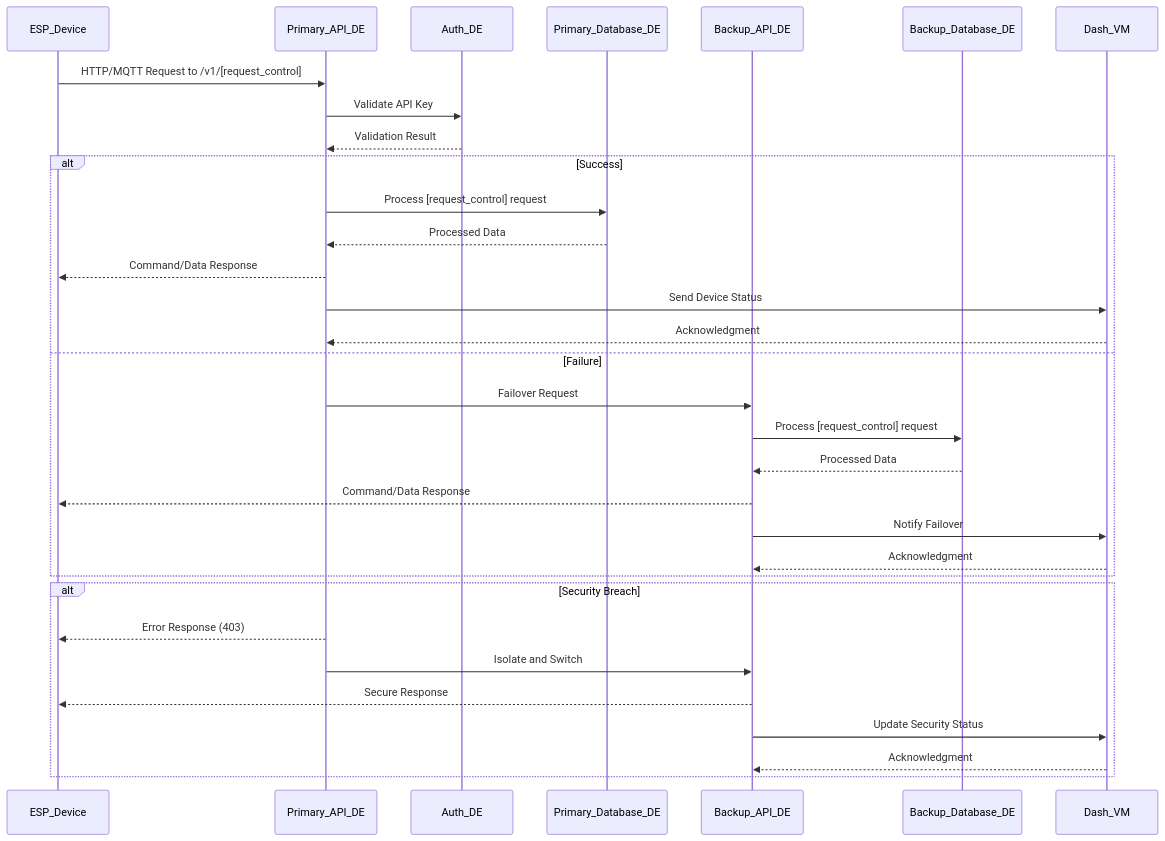
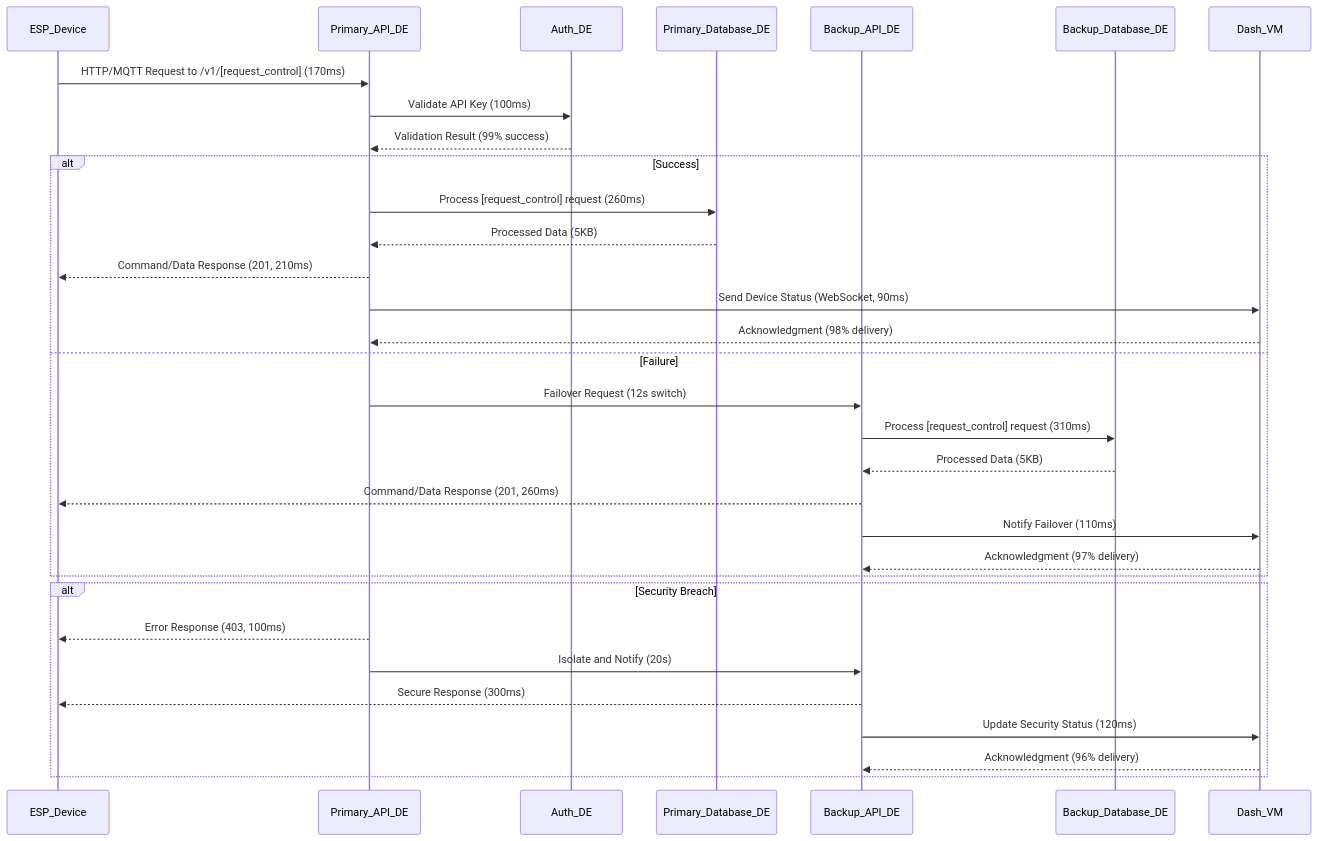
Before and after one commit to hamzadenizyilmaz/vmmaker: the diagram in README.md, drawn with Mermaid. The commit also changed other lines of this file, not shown here.

````diff
--- a/README.md
+++ b/README.md
@@ -696,35 +284,35 @@
 ```mermaid
 sequenceDiagram
     participant ESP_Device
     participant Primary_API_DE
     participant Auth_DE
     participant Primary_Database_DE
     participant Backup_API_DE
     participant Backup_Database_DE
     participant Dash_VM
 
-    ESP_Device->>Primary_API_DE: HTTP/MQTT Request to /v1/[request_control]
-    Primary_API_DE->>Auth_DE: Validate API Key
-    Auth_DE-->>Primary_API_DE: Validation Result
+    ESP_Device->>Primary_API_DE: HTTP/MQTT Request to /v1/[request_control] (170ms)
+    Primary_API_DE->>Auth_DE: Validate API Key (100ms)
+    Auth_DE-->>Primary_API_DE: Validation Result (99% success)
     alt Success
-        Primary_API_DE->>Primary_Database_DE: Process [request_control] request
-        Primary_Database_DE-->>Primary_API_DE: Processed Data
-        Primary_API_DE-->>ESP_Device: Command/Data Response
-        Primary_API_DE->>Dash_VM: Send Device Status
-        Dash_VM-->>Primary_API_DE: Acknowledgment
+        Primary_API_DE->>Primary_Database_DE: Process [request_control] request (260ms)
+        Primary_Database_DE-->>Primary_API_DE: Processed Data (5KB)
+        Primary_API_DE-->>ESP_Device: Command/Data Response (201, 210ms)
+        Primary_API_DE->>Dash_VM: Send Device Status (WebSocket, 90ms)
+        Dash_VM-->>Primary_API_DE: Acknowledgment (98% delivery)
     else Failure
-        Primary_API_DE->>Backup_API_DE: Failover Request
-        Backup_API_DE->>Backup_Database_DE: Process [request_control] request
-        Backup_Database_DE-->>Backup_API_DE: Processed Data
-        Backup_API_DE-->>ESP_Device: Command/Data Response
-        Backup_API_DE->>Dash_VM: Notify Failover
-        Dash_VM-->>Backup_API_DE: Acknowledgment
+        Primary_API_DE->>Backup_API_DE: Failover Request (12s switch)
+        Backup_API_DE->>Backup_Database_DE: Process [request_control] request (310ms)
+        Backup_Database_DE-->>Backup_API_DE: Processed Data (5KB)
+        Backup_API_DE-->>ESP_Device: Command/Data Response (201, 260ms)
+        Backup_API_DE->>Dash_VM: Notify Failover (110ms)
+        Dash_VM-->>Backup_API_DE: Acknowledgment (97% delivery)
     end
     alt Security Breach
-        Primary_API_DE-->>ESP_Device: Error Response (403)
-        Primary_API_DE->>Backup_API_DE: Isolate and Switch
-        Backup_API_DE-->>ESP_Device: Secure Response
-        Backup_API_DE->>Dash_VM: Update Security Status
-        Dash_VM-->>Backup_API_DE: Acknowledgment
+        Primary_API_DE-->>ESP_Device: Error Response (403, 100ms)
+        Primary_API_DE->>Backup_API_DE: Isolate and Notify (20s)
+        Backup_API_DE-->>ESP_Device: Secure Response (300ms)
+        Backup_API_DE->>Dash_VM: Update Security Status (120ms)
+        Dash_VM-->>Backup_API_DE: Acknowledgment (96% delivery)
     end
 ```
````
